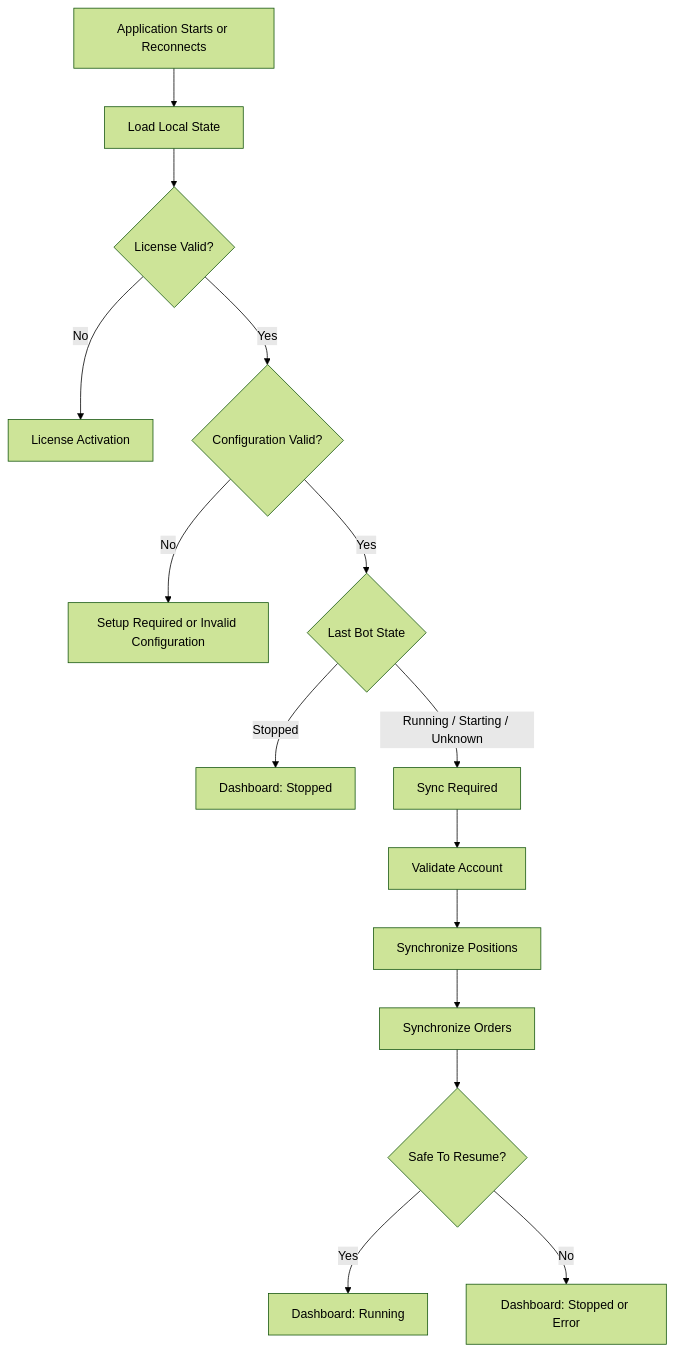
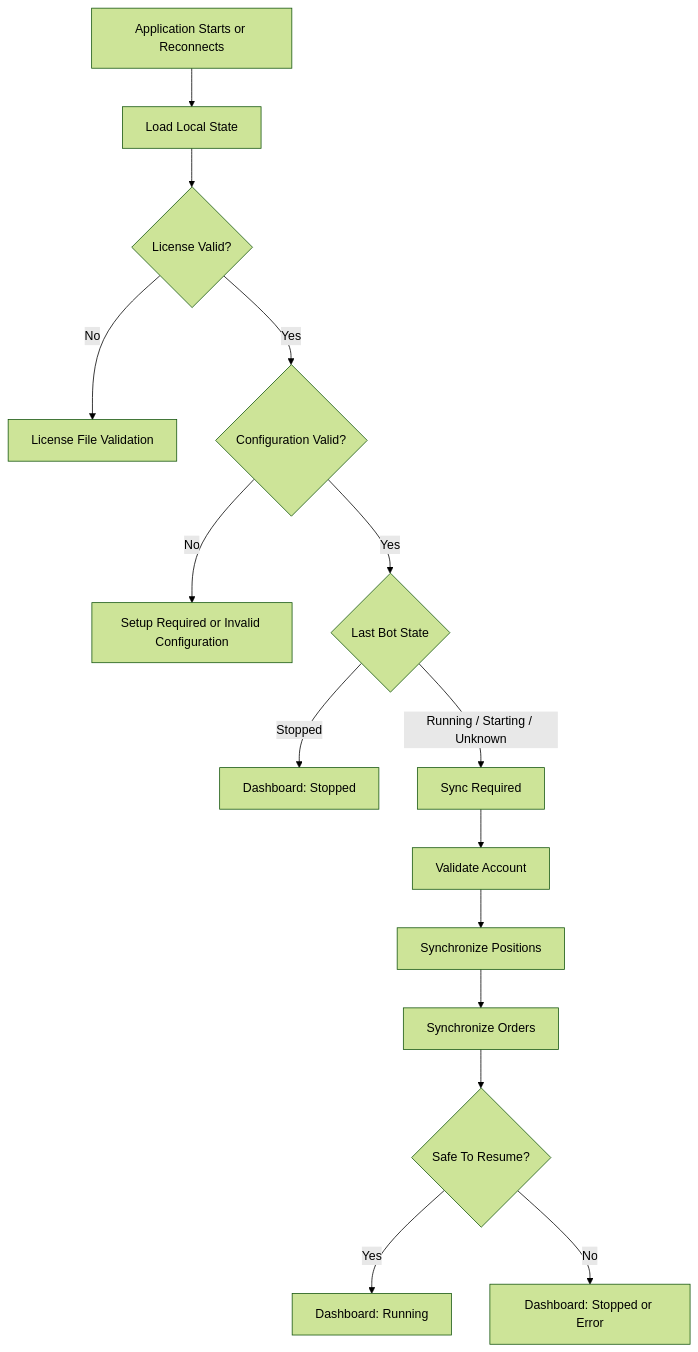
One commit to yukasung/tiewtrade changed diagram 14 of 23 in docs/architecture.md. Above: the diagram before and after it, drawn with Mermaid (forest theme). The commit also changed other lines of this file and 5 other files, not shown here.

Commit message:
Align architecture documentation decisions

````diff
--- a/docs/architecture.md
+++ b/docs/architecture.md
@@ -1176,17 +1509,17 @@
 ```mermaid
 flowchart TD
     Start["Application Starts or Reconnects"] --> Load["Load Local State"]
     Load --> License{"License Valid?"}
-    License -- "No" --> LicenseScreen["License Activation"]
+    License -- "No" --> LicenseScreen["License File Validation"]
     License -- "Yes" --> Config{"Configuration Valid?"}
     Config -- "No" --> Setup["Setup Required or Invalid Configuration"]
     Config -- "Yes" --> LastState{"Last Bot State"}
     LastState -- "Stopped" --> DashboardStopped["Dashboard: Stopped"]
     LastState -- "Running / Starting / Unknown" --> Sync["Sync Required"]
     Sync --> Account["Validate Account"]
     Account --> Positions["Synchronize Positions"]
     Positions --> Orders["Synchronize Orders"]
     Orders --> Decision{"Safe To Resume?"}
     Decision -- "Yes" --> DashboardRunning["Dashboard: Running"]
     Decision -- "No" --> DashboardStopped2["Dashboard: Stopped or Error"]
 ```
````
